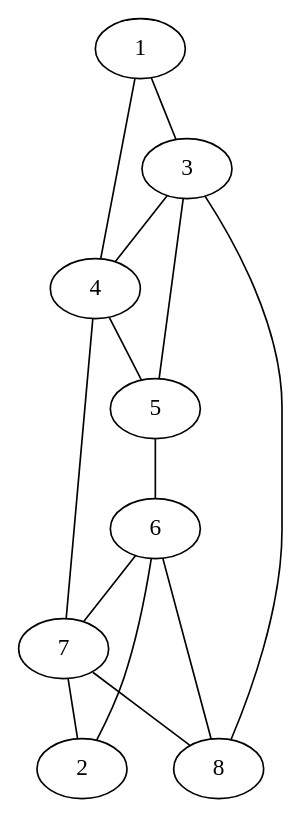
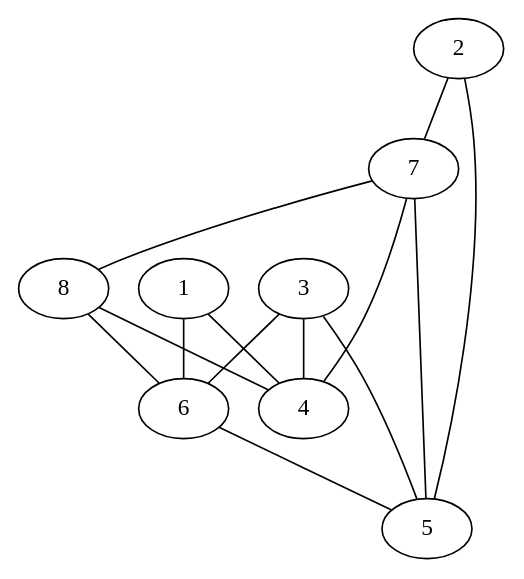
Before and after one commit to felixble/htw-ava-ws16-rumor: the diagram in config/graphElection.dot, drawn with Graphviz. The commit also changed 6 other files, not shown here.

First line of the commit message:
Node-Script to generate graph, start election nodes and observer node

```diff
--- a/config/graphElection.dot
+++ b/config/graphElection.dot
@@ -1,15 +1,15 @@
 graph G {
-1 -- 3
-1 -- 4
-3 -- 4
-3 -- 5
-3 -- 8
-4 -- 5
-4 -- 7
-5 -- 6
-6 -- 8
-6 -- 7
-6 -- 2
-7 -- 2
-7 -- 8
+3 -- 4;
+3 -- 5;
+3 -- 6;
+7 -- 8;
+7 -- 4;
+7 -- 5;
+8 -- 6;
+8 -- 4;
+6 -- 5;
+1 -- 4;
+2 -- 5;
+1 -- 6;
+2 -- 7;
 }
```
